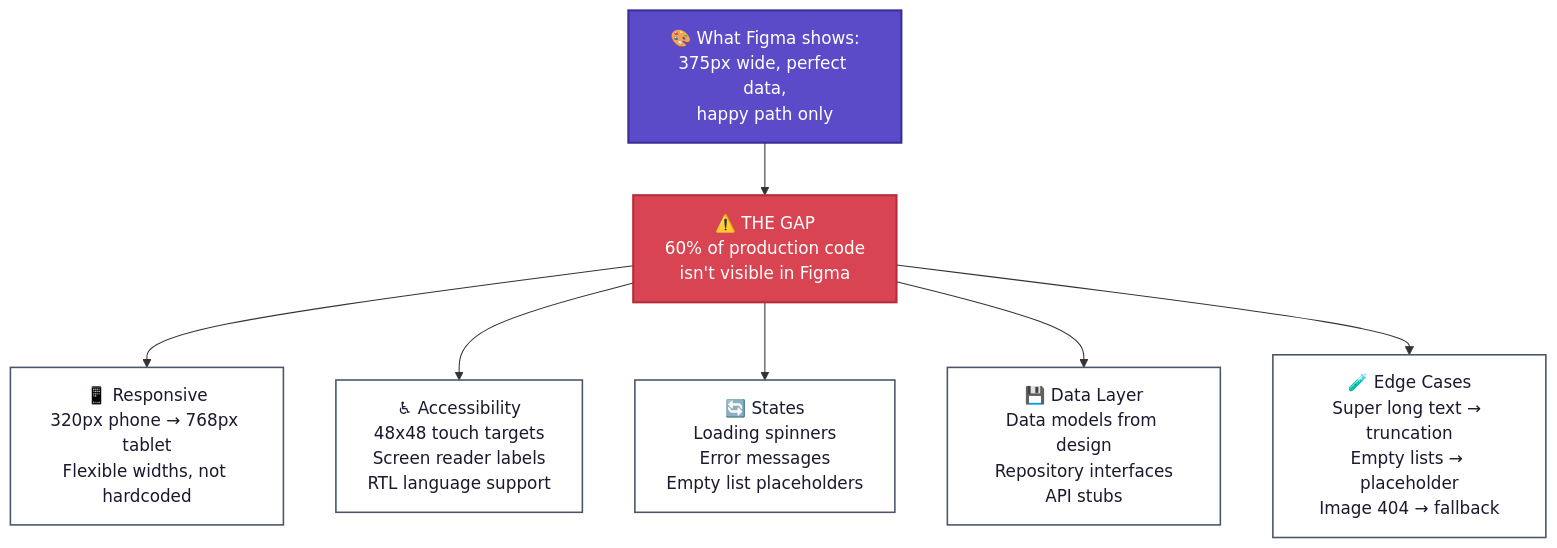
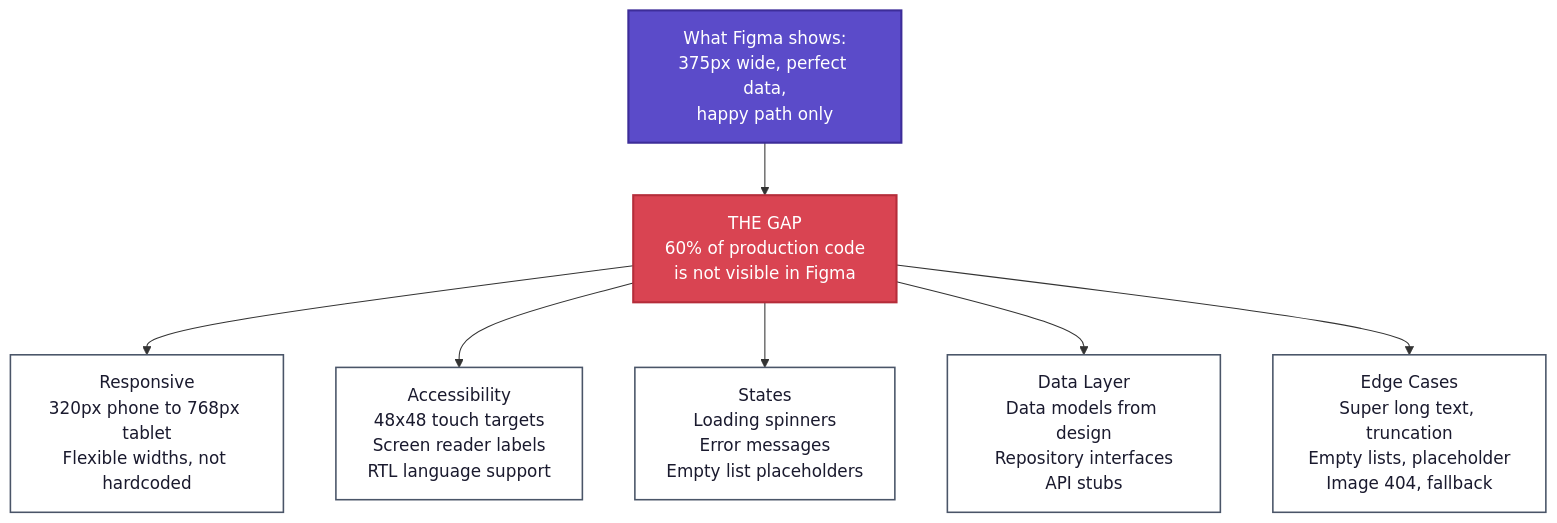
The seventh of 10 diagrams in README.md (bazingga08/figma-to-code), drawn with Mermaid before and after one commit. The commit also changed other lines of this file, not shown here.

First line of the commit message:
fix: remove emojis from Mermaid diagrams to fix GitHub 500 error

````diff
--- a/README.md
+++ b/README.md
@@ -278,18 +278,18 @@
 ```mermaid
 flowchart TD
-    FIGMA["🎨 What Figma shows:\n375px wide, perfect data,\nhappy path only"] --> GAP["⚠️ THE GAP\n60% of production code\nisn't visible in Figma"]
+    FIGMA[What Figma shows:<br/>375px wide, perfect data,<br/>happy path only] --> GAP[THE GAP<br/>60% of production code<br/>is not visible in Figma]
 
-    GAP --> H1["📱 Responsive\n320px phone → 768px tablet\nFlexible widths, not hardcoded"]
-    GAP --> H2["♿ Accessibility\n48x48 touch targets\nScreen reader labels\nRTL language support"]
-    GAP --> H3["🔄 States\nLoading spinners\nError messages\nEmpty list placeholders"]
-    GAP --> H4["💾 Data Layer\nData models from design\nRepository interfaces\nAPI stubs"]
-    GAP --> H5["🧪 Edge Cases\nSuper long text → truncation\nEmpty lists → placeholder\nImage 404 → fallback"]
+    GAP --> H1[Responsive<br/>320px phone to 768px tablet<br/>Flexible widths, not hardcoded]
+    GAP --> H2[Accessibility<br/>48x48 touch targets<br/>Screen reader labels<br/>RTL language support]
+    GAP --> H3[States<br/>Loading spinners<br/>Error messages<br/>Empty list placeholders]
+    GAP --> H4[Data Layer<br/>Data models from design<br/>Repository interfaces<br/>API stubs]
+    GAP --> H5[Edge Cases<br/>Super long text, truncation<br/>Empty lists, placeholder<br/>Image 404, fallback]
 
     style FIGMA fill:#5B4BC9,color:#ffffff,stroke:#3d2d99,stroke-width:2px
     style GAP fill:#D94452,color:#ffffff,stroke:#b52d3a,stroke-width:2px
     style H1 fill:#ffffff,color:#1a1a2e,stroke:#4a5568,stroke-width:1.5px
     style H2 fill:#ffffff,color:#1a1a2e,stroke:#4a5568,stroke-width:1.5px
     style H3 fill:#ffffff,color:#1a1a2e,stroke:#4a5568,stroke-width:1.5px
     style H4 fill:#ffffff,color:#1a1a2e,stroke:#4a5568,stroke-width:1.5px
     style H5 fill:#ffffff,color:#1a1a2e,stroke:#4a5568,stroke-width:1.5px
 ```
````
